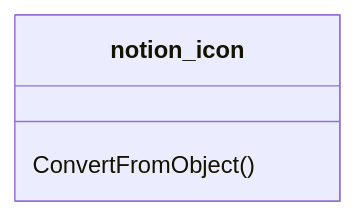
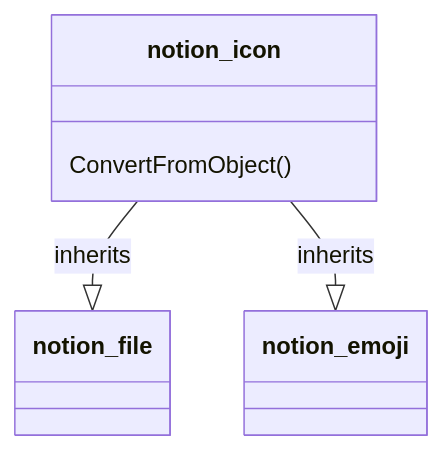
Before and after one commit to fasteiner/Notion: the diagram in source/WikiSource/Classes/General/00_icon.md, drawn with Mermaid. The commit also changed other lines of this file and 80 other files, not shown here.

````diff
--- a/source/WikiSource/Classes/General/00_icon.md
+++ b/source/WikiSource/Classes/General/00_icon.md
@@ -5,6 +5,8 @@
 ```mermaid
 classDiagram
     class notion_icon {
         ConvertFromObject()
     }
+    `notion_icon` --|> `notion_file`:inherits
+    `notion_icon` --|> `notion_emoji`:inherits
 ```
````
